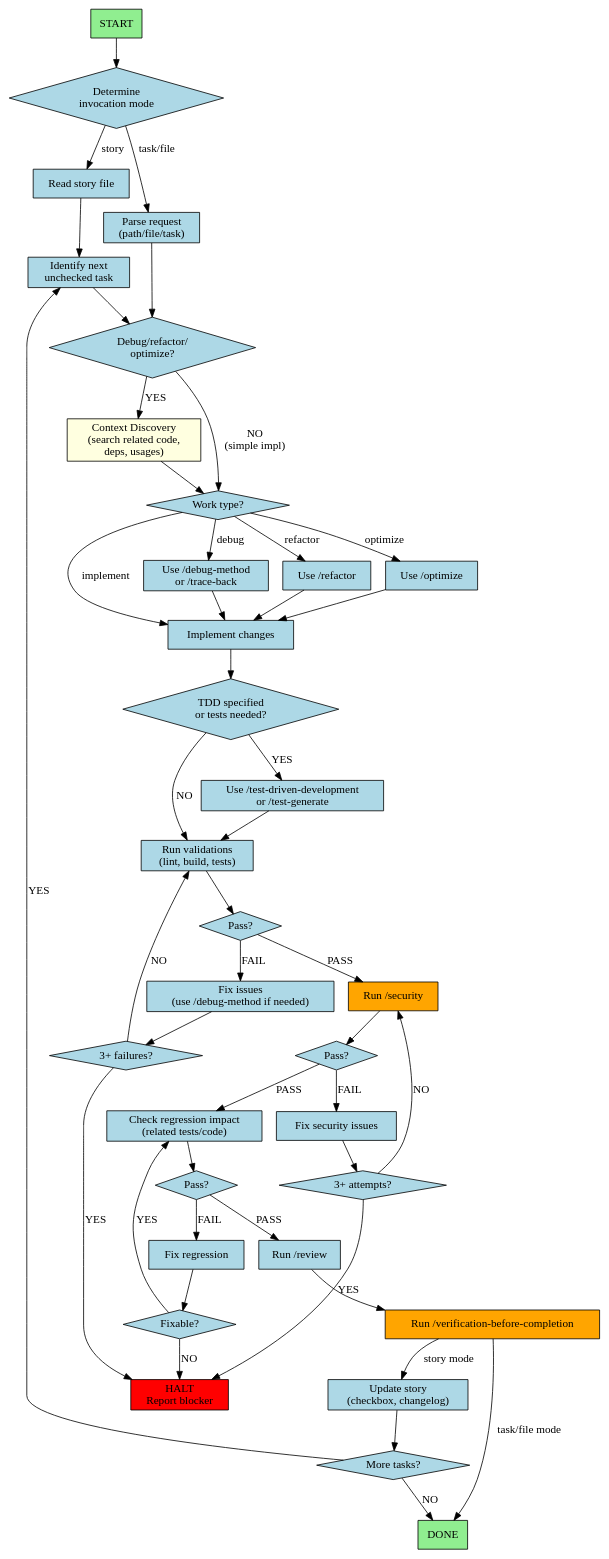
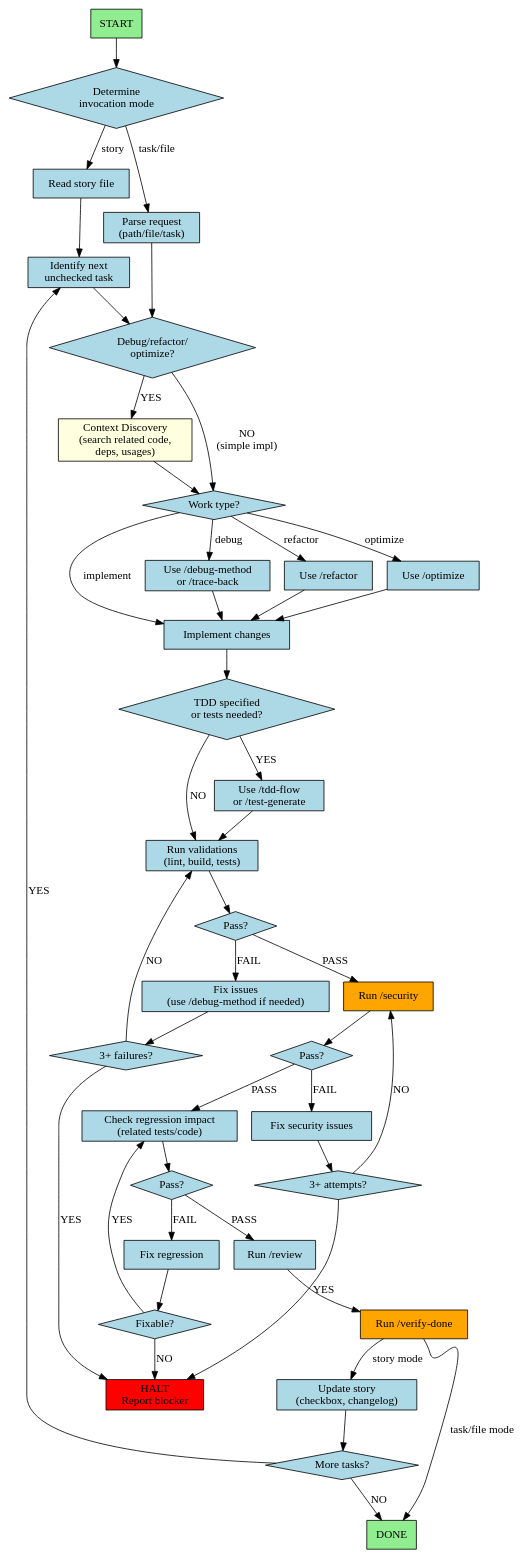
One commit to hamr0/liteagents changed the diagram in packages/claude/agents/code-developer.md. Above: the diagram before and after it, drawn with Graphviz. The commit also changed other lines of this file and 39 other files, not shown here.

```diff
--- a/packages/claude/agents/code-developer.md
+++ b/packages/claude/agents/code-developer.md
@@ -54,7 +54,7 @@
 
   // Conditional testing
   tdd_needed [label="TDD specified\nor tests needed?", shape=diamond];
-  use_tdd [label="Use /test-driven-development\nor /test-generate"];
+  use_tdd [label="Use /tdd-flow\nor /test-generate"];
 
   // Validation
   run_validations [label="Run validations\n(lint, build, tests)"];
@@ -76,7 +76,7 @@
 
   // Review and complete
   code_review [label="Run /review"];
-  verification [label="Run /verification-before-completion", fillcolor=orange];
+  verification [label="Run /verify-done", fillcolor=orange];
 
   // Story-specific
   update_story [label="Update story\n(checkbox, changelog)"];
```
